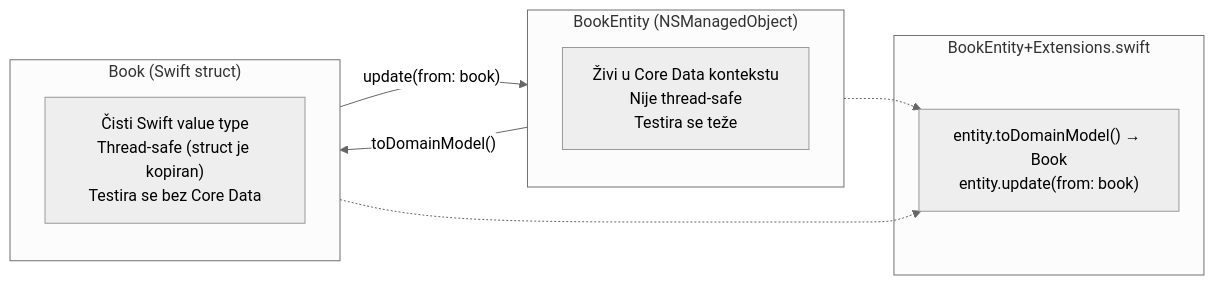
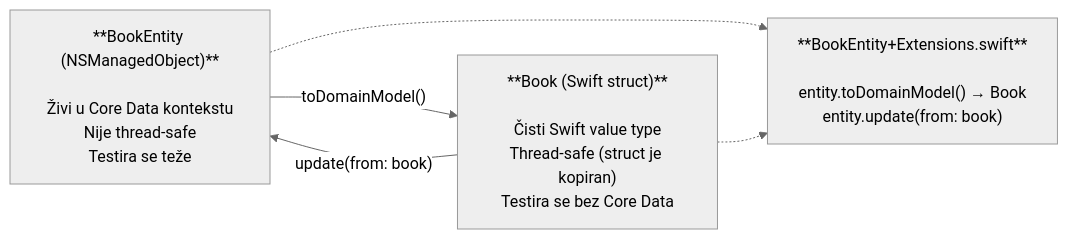
One commit to anastasija-cvetkovic/elfak-advanced-software-engineering changed the second of 2 diagrams in README.md. Above: the diagram before and after it, drawn with Mermaid (neutral theme).

Commit message:
docs(README): refactor domain model Mermaid diagram, use <br/> in labels

````diff
--- a/README.md
+++ b/README.md
@@ -148,16 +148,11 @@
 ```mermaid
 flowchart LR
-    subgraph left["BookEntity (NSManagedObject)"]
-      BE["Živi u Core Data kontekstu<br>Nije thread-safe<br>Testira se teže"]
-    end
-    subgraph right["Book (Swift struct)"]
-      BS["Čisti Swift value type<br>Thread-safe (struct je kopiran)<br>Testira se bez Core Data"]
-    end
-    subgraph ext["BookEntity+Extensions.swift"]
-      EXT["entity.toDomainModel() → Book<br>entity.update(from: book)"]
-    end
-    left -- "toDomainModel()" --> right
-    right -- "update(from: book)" --> left
-    left -.-> EXT
-    right -.-> EXT
+    BE["**BookEntity (NSManagedObject)**<br/><br/>Živi u Core Data kontekstu<br/>Nije thread-safe<br/>Testira se teže"]
+    BS["**Book (Swift struct)**<br/><br/>Čisti Swift value type<br/>Thread-safe (struct je kopiran)<br/>Testira se bez Core Data"]
+    EXT["**BookEntity+Extensions.swift**<br/><br/>entity.toDomainModel() → Book<br/>entity.update(from: book)"]
+
+    BE -- "toDomainModel()" --> BS
+    BS -- "update(from: book)" --> BE
+    BE -.-> EXT
+    BS -.-> EXT
 ```
````
